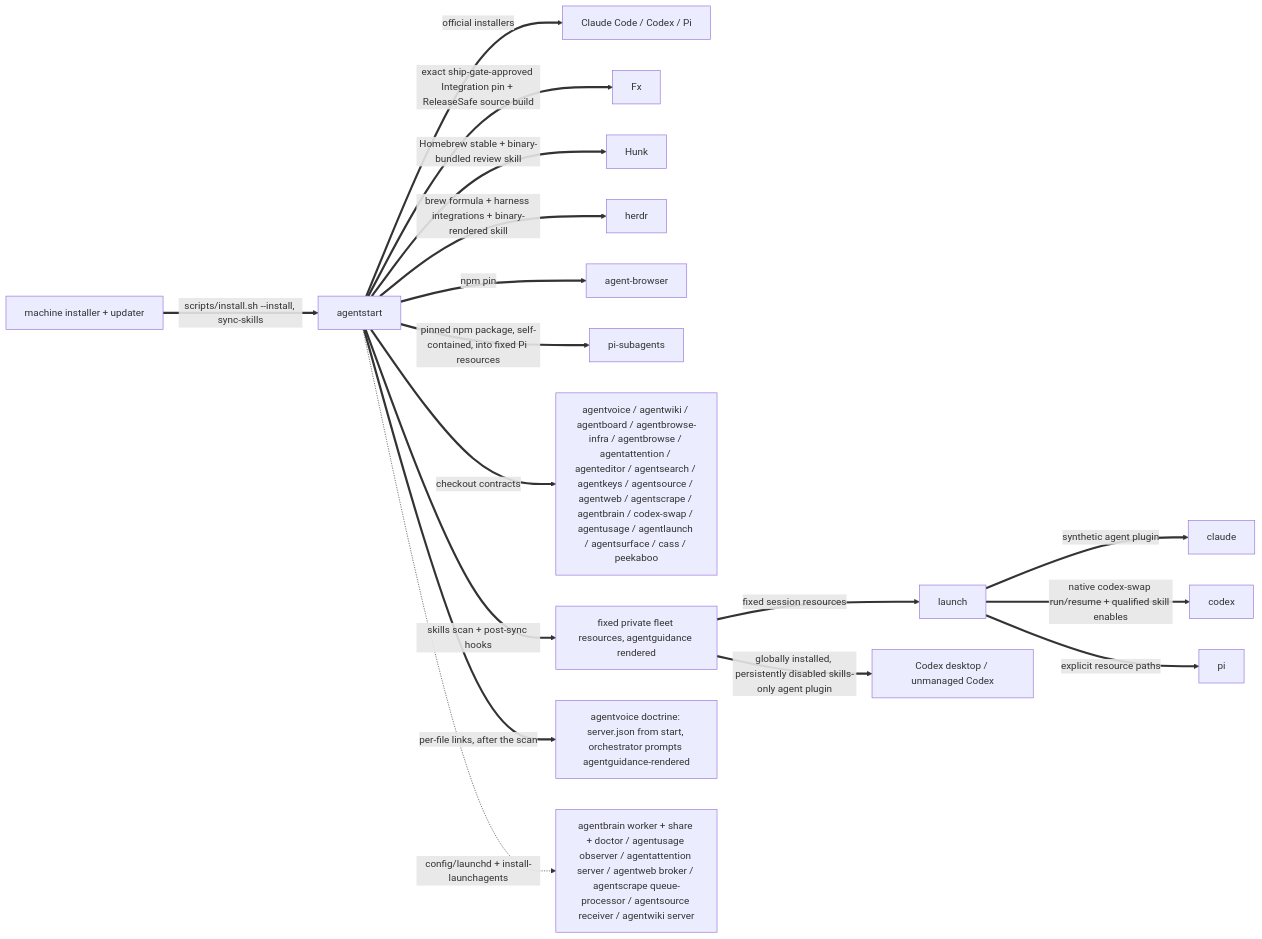
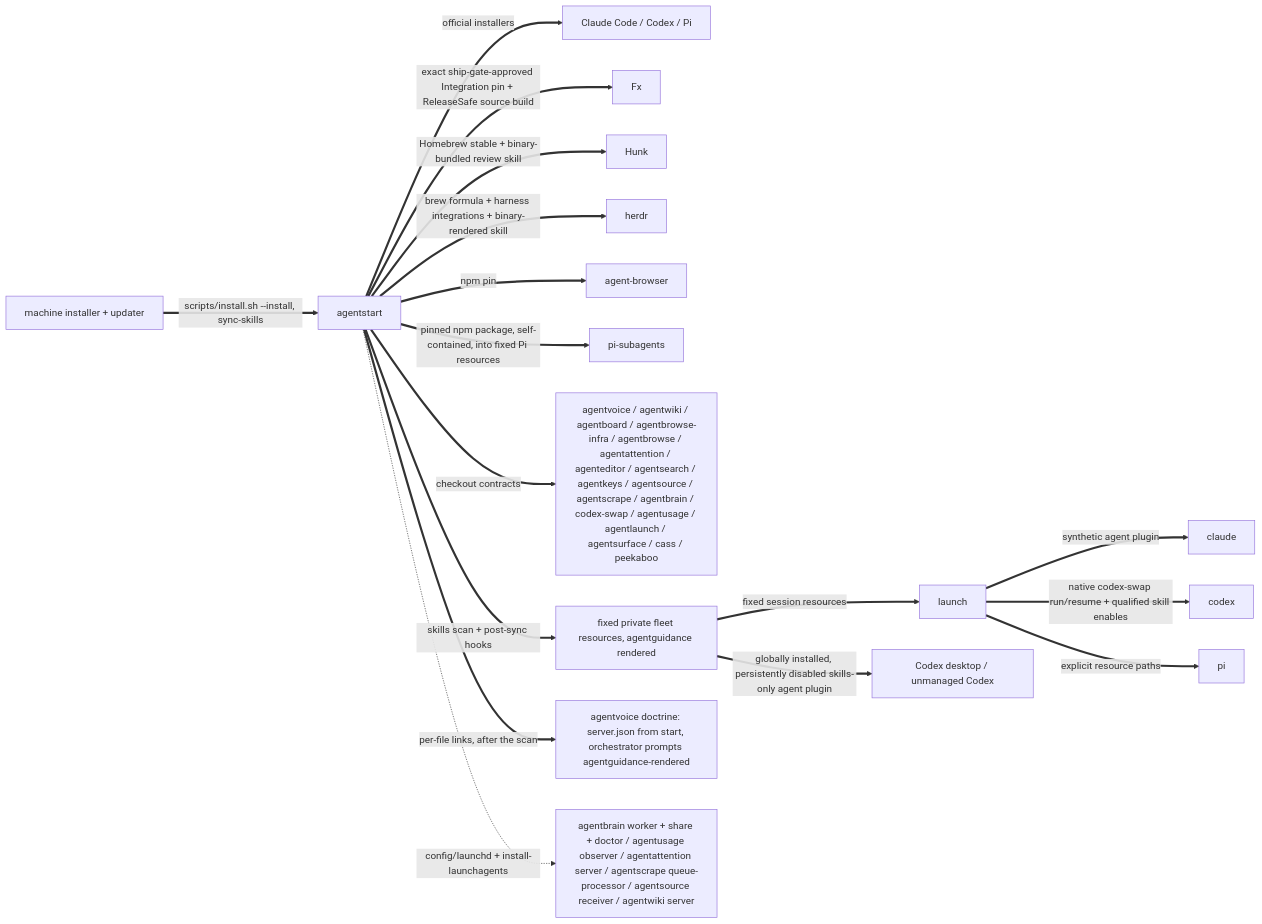
One commit to possibilities/agentstart changed the second of 3 diagrams in skills/fleet/MAP.md. Above: the diagram before and after it, drawn with Mermaid. The commit also changed other lines of this file and 9 other files, not shown here.

Commit message:
Retire Agentweb from fleet convergence

````diff
--- a/skills/fleet/MAP.md
+++ b/skills/fleet/MAP.md
@@ -92,22 +89,22 @@
 ```mermaid
 flowchart LR
     machine[machine installer + updater]
     start[agentstart]
 
     machine ==>|scripts/install.sh --install, sync-skills| start
     start ==>|official installers| harnesses[Claude Code / Codex / Pi]
     start ==>|exact ship-gate-approved Integration pin + ReleaseSafe source build| fx[Fx]
     start ==>|Homebrew stable + binary-bundled review skill| hunk[Hunk]
     start ==>|brew formula + harness integrations + binary-rendered skill| herdrInstall[herdr]
     start ==>|npm pin| browser[agent-browser]
     start ==>|pinned npm package, self-contained, into fixed Pi resources| piSubagents[pi-subagents]
-    start ==>|checkout contracts| fleet[agentvoice / agentwiki / agentboard / agentbrowse-infra / agentbrowse / agentattention / agenteditor / agentsearch / agentkeys / agentsource / agentweb / agentscrape / agentbrain / codex-swap / agentusage / agentlaunch / agentsurface / cass / peekaboo]
+    start ==>|checkout contracts| fleet[agentvoice / agentwiki / agentboard / agentbrowse-infra / agentbrowse / agentattention / agenteditor / agentsearch / agentkeys / agentsource / agentscrape / agentbrain / codex-swap / agentusage / agentlaunch / agentsurface / cass / peekaboo]
     start ==>|skills scan + post-sync hooks| skills[fixed private fleet resources, agentguidance rendered]
     skills ==>|fixed session resources| launch
     launch ==>|synthetic agent plugin| claude
     launch ==>|native codex-swap run/resume + qualified skill enables| codex
     launch ==>|explicit resource paths| pi
     skills ==>|globally installed, persistently disabled skills-only agent plugin| codexDesktop[Codex desktop / unmanaged Codex]
     start ==>|per-file links, after the scan| voiceDoctrine[agentvoice doctrine: server.json from start, orchestrator prompts agentguidance-rendered]
-    start -.->|config/launchd + install-launchagents| services[agentbrain worker + share + doctor / agentusage observer / agentattention server / agentweb broker / agentscrape queue-processor / agentsource receiver / agentwiki server]
+    start -.->|config/launchd + install-launchagents| services[agentbrain worker + share + doctor / agentusage observer / agentattention server / agentscrape queue-processor / agentsource receiver / agentwiki server]
 ```
````
